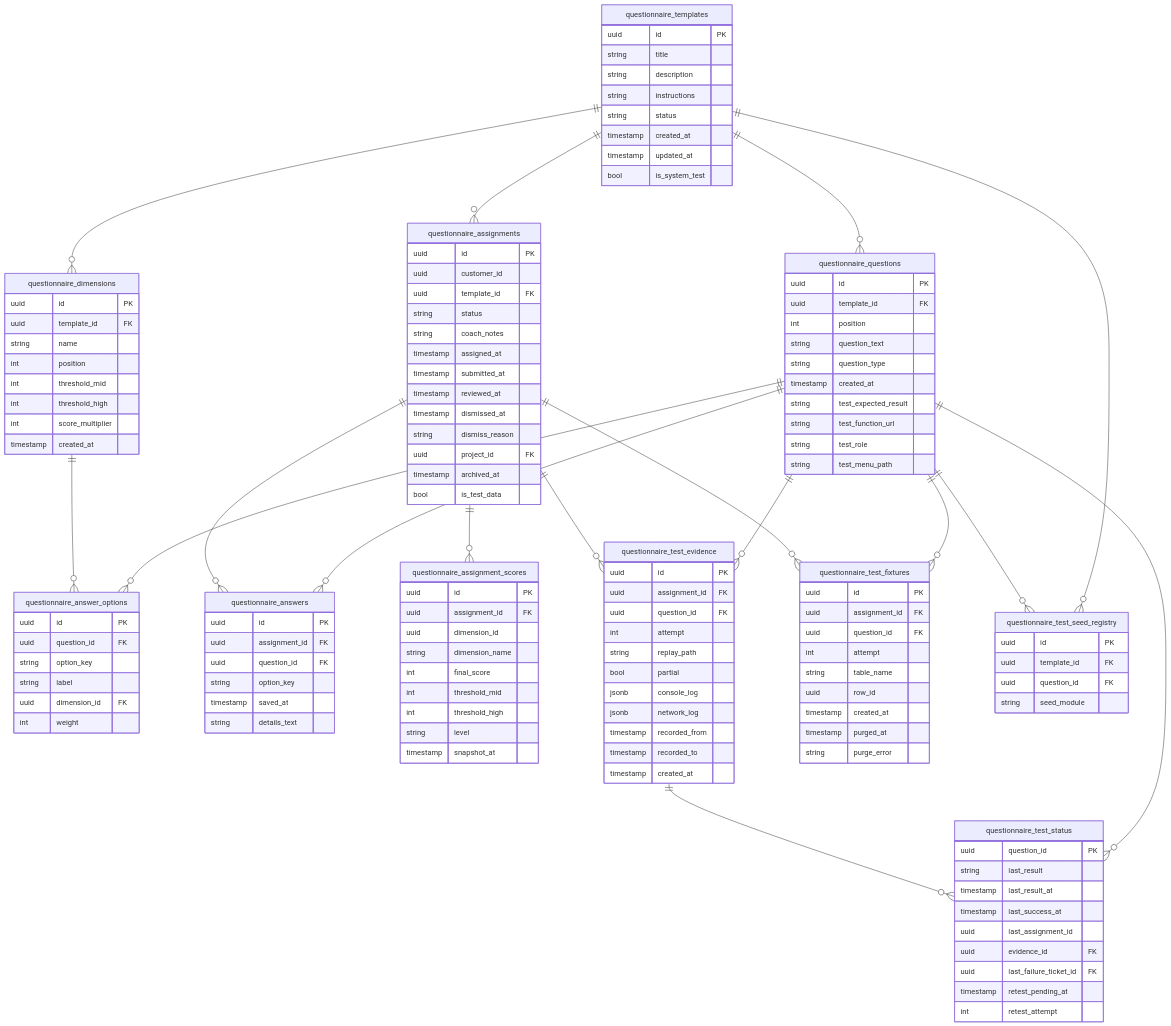
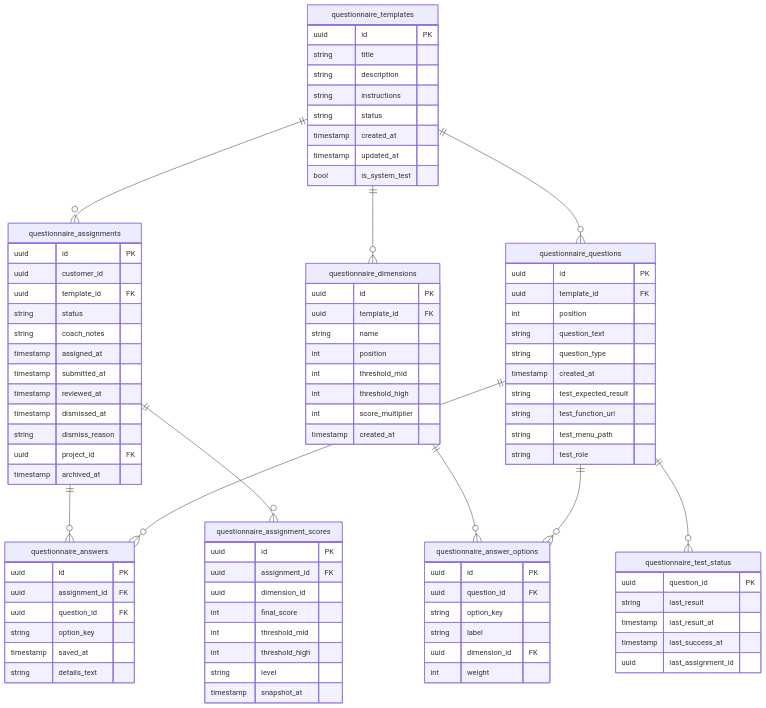
One commit to Paddione/Bachelorprojekt changed the third of 8 diagrams in docs/db-schema-diagram.md. Above: the diagram before and after it, drawn with Mermaid. The commit also changed other lines of this file and 2 other files, not shown here.

First line of the commit message:
chore(db): add tickets.ticket_plans and fix tickets init [T000024, T000025]

````diff
--- a/docs/db-schema-diagram.md
+++ b/docs/db-schema-diagram.md
@@ -454,7 +377,6 @@
     uuid id PK
     uuid assignment_id FK
     uuid dimension_id
-    string dimension_name
     int final_score
     int threshold_mid
     int threshold_high
@@ -474,7 +396,6 @@
     string dismiss_reason
     uuid project_id FK
     timestamp archived_at
-    bool is_test_data
   }
   questionnaire_dimensions {
     uuid id PK
@@ -495,8 +416,8 @@
     timestamp created_at
     string test_expected_result
     string test_function_url
+    string test_menu_path
     string test_role
-    string test_menu_path
   }
   questionnaire_templates {
     uuid id PK
@@ -508,46 +429,12 @@
     timestamp updated_at
     bool is_system_test
   }
-  questionnaire_test_evidence {
-    uuid id PK
-    uuid assignment_id FK
-    uuid question_id FK
-    int attempt
-    string replay_path
-    bool partial
-    jsonb console_log
-    jsonb network_log
-    timestamp recorded_from
-    timestamp recorded_to
-    timestamp created_at
-  }
-  questionnaire_test_fixtures {
-    uuid id PK
-    uuid assignment_id FK
-    uuid question_id FK
-    int attempt
-    string table_name
-    uuid row_id
-    timestamp created_at
-    timestamp purged_at
-    string purge_error
-  }
-  questionnaire_test_seed_registry {
-    uuid id PK
-    uuid template_id FK
-    uuid question_id FK
-    string seed_module
-  }
   questionnaire_test_status {
     uuid question_id PK
     string last_result
     timestamp last_result_at
     timestamp last_success_at
     uuid last_assignment_id
-    uuid evidence_id FK
-    uuid last_failure_ticket_id FK
-    timestamp retest_pending_at
-    int retest_attempt
   }
   questionnaire_dimensions ||--o{ questionnaire_answer_options : ""
   questionnaire_questions ||--o{ questionnaire_answer_options : ""
@@ -557,12 +444,5 @@
   questionnaire_templates ||--o{ questionnaire_assignments : ""
   questionnaire_templates ||--o{ questionnaire_dimensions : ""
   questionnaire_templates ||--o{ questionnaire_questions : ""
-  questionnaire_assignments ||--o{ questionnaire_test_evidence : ""
-  questionnaire_questions ||--o{ questionnaire_test_evidence : ""
-  questionnaire_assignments ||--o{ questionnaire_test_fixtures : ""
-  questionnaire_questions ||--o{ questionnaire_test_fixtures : ""
-  questionnaire_questions ||--o{ questionnaire_test_seed_registry : ""
-  questionnaire_templates ||--o{ questionnaire_test_seed_registry : ""
-  questionnaire_test_evidence ||--o{ questionnaire_test_status : ""
   questionnaire_questions ||--o{ questionnaire_test_status : ""
 ```
````
